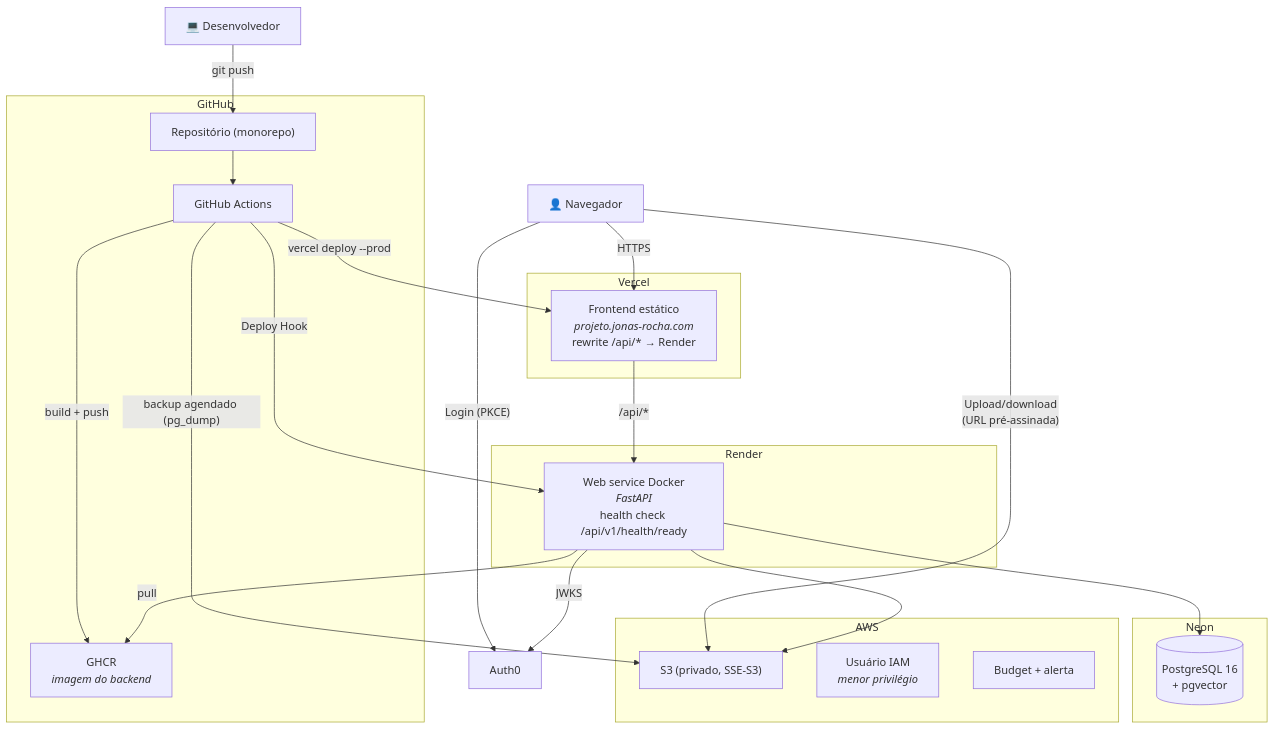
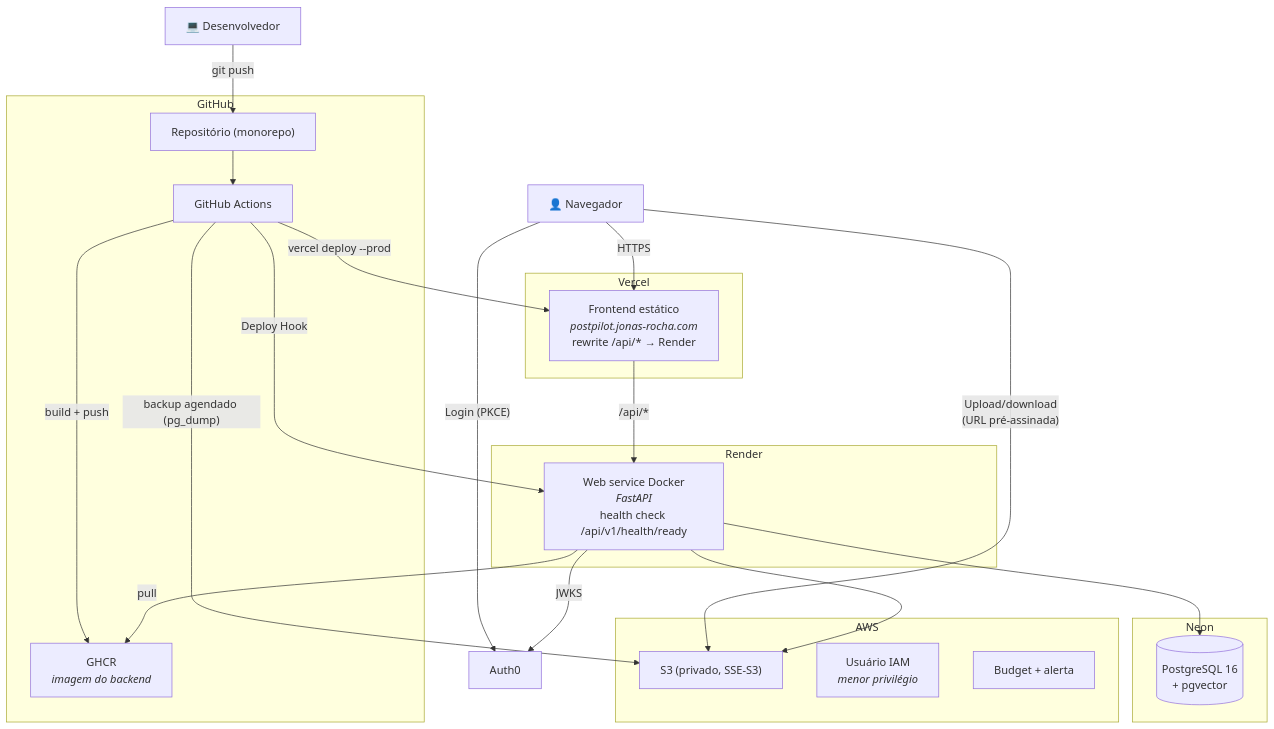
One commit to JonasRocha189/postpilot-ai changed the first of 2 diagrams in _docs/implantacao.md. Above: the diagram before and after it, drawn with Mermaid. The commit also changed other lines of this file and 15 other files, not shown here.

````diff
--- a/_docs/implantacao.md
+++ b/_docs/implantacao.md
@@ -7,46 +7,46 @@
 ```mermaid
 flowchart TB
     dev["💻 Desenvolvedor"]
     browser["👤 Navegador"]
 
     subgraph github["GitHub"]
         repo["Repositório (monorepo)"]
         actions["GitHub Actions"]
         ghcr["GHCR<br/><i>imagem do backend</i>"]
     end
 
     subgraph vercel["Vercel"]
-        front["Frontend estático<br/><i>projeto.jonas-rocha.com</i><br/>rewrite /api/* → Render"]
+        front["Frontend estático<br/><i>postpilot.jonas-rocha.com</i><br/>rewrite /api/* → Render"]
     end
 
     subgraph render["Render"]
         back["Web service Docker<br/><i>FastAPI</i><br/>health check /api/v1/health/ready"]
     end
 
     subgraph neon["Neon"]
         pg[("PostgreSQL 16<br/>+ pgvector")]
     end
 
     subgraph aws["AWS"]
         s3["S3 (privado, SSE-S3)"]
         iam["Usuário IAM<br/><i>menor privilégio</i>"]
         budget["Budget + alerta"]
     end
 
     auth0["Auth0"]
 
     dev -- "git push" --> repo
     repo --> actions
     actions -- "build + push" --> ghcr
     actions -- "Deploy Hook" --> back
     actions -- "vercel deploy --prod" --> front
     actions -- "backup agendado (pg_dump)" --> s3
     back -- "pull" --> ghcr
     browser -- "HTTPS" --> front
     front -- "/api/*" --> back
     browser -- "Login (PKCE)" --> auth0
     browser -- "Upload/download<br/>(URL pré-assinada)" --> s3
     back --> pg
     back --> s3
     back -- "JWKS" --> auth0
 ```
````
